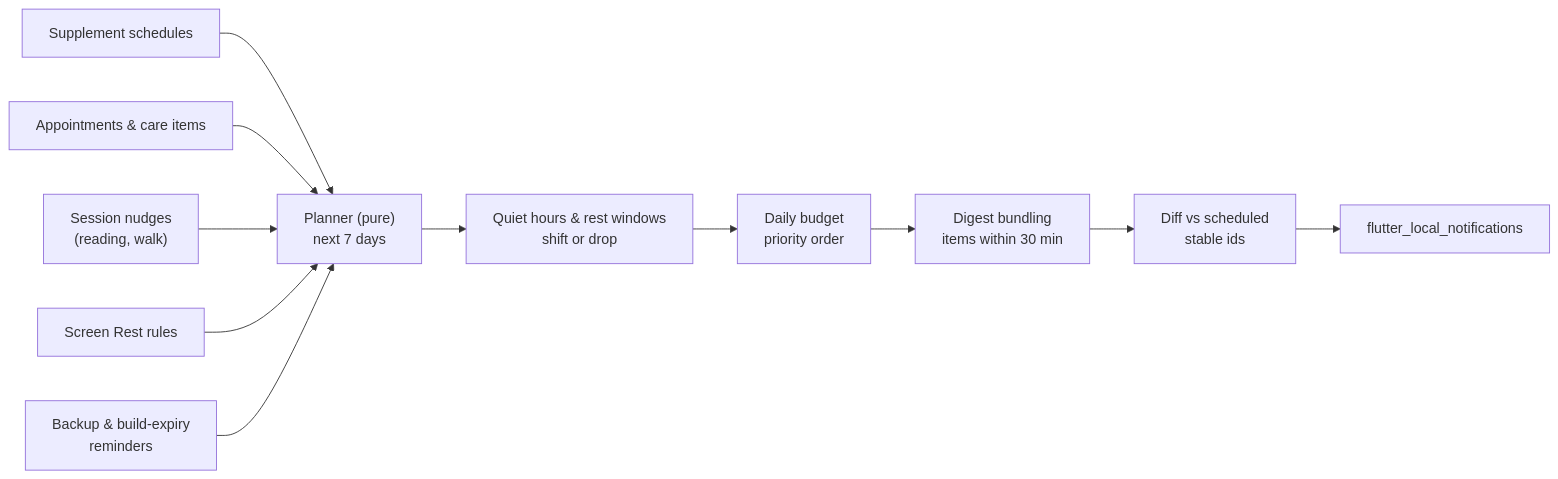
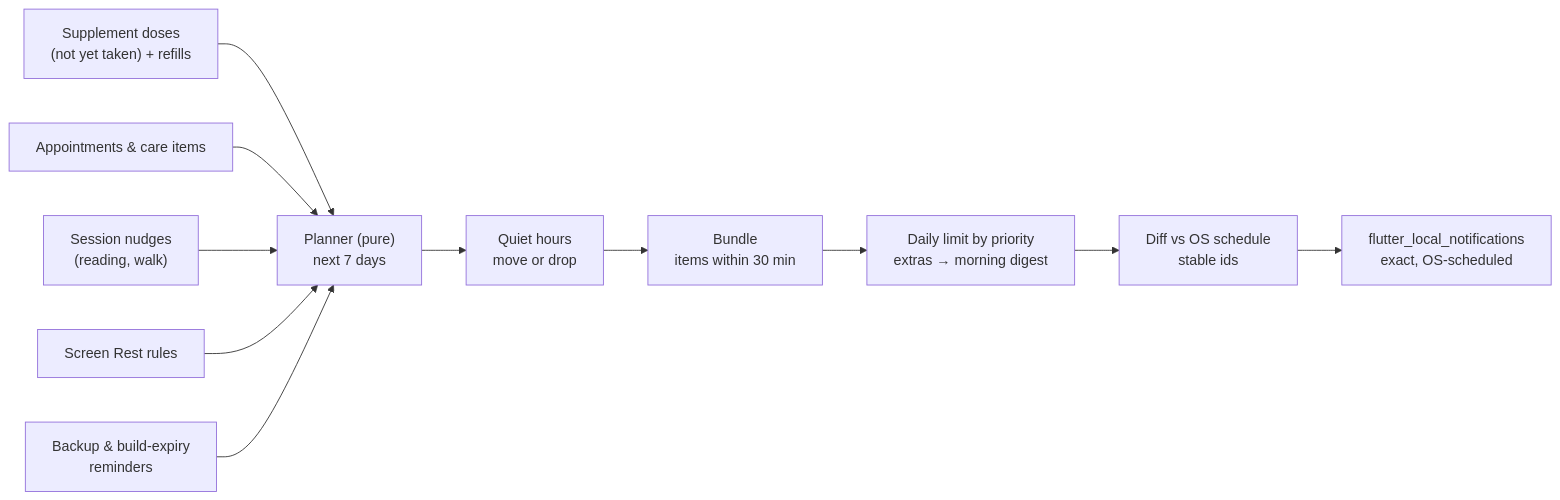
Before and after one commit to patel-keyur-18/pregnancy-care: the second of 4 diagrams in docs/ARCHITECTURE.md, drawn with Mermaid. The commit also changed other lines of this file and 4 other files, not shown here.

First line of the commit message:
docs: sync PLAN, ARCHITECTURE, DESIGN_SYSTEM, README and CLAUDE.md with M3a

````diff
--- a/docs/ARCHITECTURE.md
+++ b/docs/ARCHITECTURE.md
@@ -177,13 +177,13 @@
 ```mermaid
 flowchart LR
-  S1["Supplement schedules"] --> P
+  S1["Supplement doses<br/>(not yet taken) + refills"] --> P
   S2["Appointments & care items"] --> P
   S3["Session nudges<br/>(reading, walk)"] --> P
   S4["Screen Rest rules"] --> P
   S5["Backup & build-expiry<br/>reminders"] --> P
-  P["Planner (pure)<br/>next 7 days"] --> Q["Quiet hours & rest windows<br/>shift or drop"]
-  Q --> B["Daily budget<br/>priority order"]
-  B --> D["Digest bundling<br/>items within 30 min"]
-  D --> X["Diff vs scheduled<br/>stable ids"]
-  X --> N["flutter_local_notifications"]
+  P["Planner (pure)<br/>next 7 days"] --> Q["Quiet hours<br/>move or drop"]
+  Q --> D["Bundle<br/>items within 30 min"]
+  D --> B["Daily limit by priority<br/>extras → morning digest"]
+  B --> X["Diff vs OS schedule<br/>stable ids"]
+  X --> N["flutter_local_notifications<br/>exact, OS-scheduled"]
 ```
````
